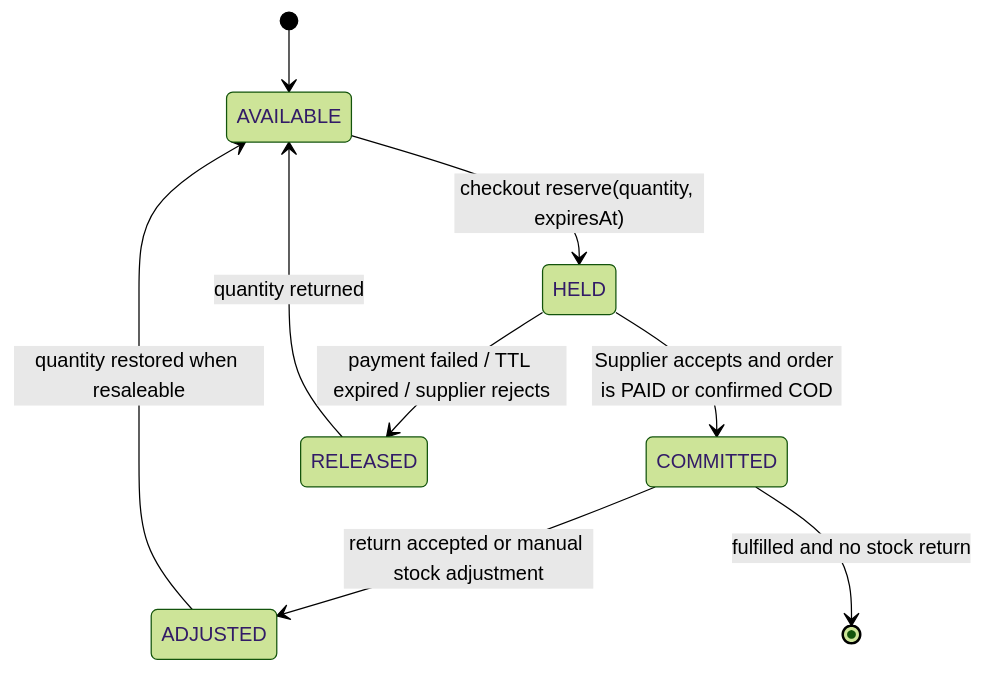
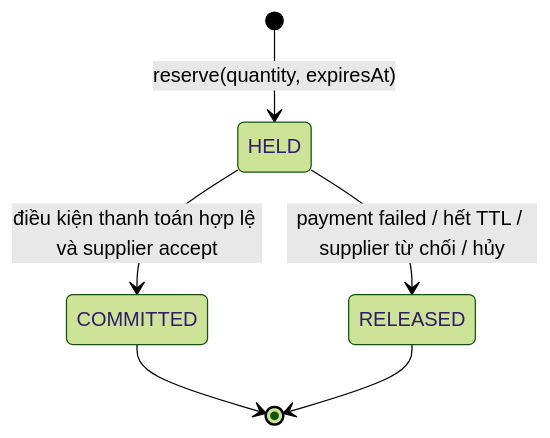
The diagram in docs/mermaid/17-inventory-reservation-state.mmd (NguyenVoLyDo/Project-XD-and-PTPM), drawn with Mermaid (forest theme) before and after one commit. The commit also changed 49 other files, not shown here.

```diff
--- a/docs/mermaid/17-inventory-reservation-state.mmd
+++ b/docs/mermaid/17-inventory-reservation-state.mmd
@@ -1,9 +1,6 @@
 stateDiagram-v2
-  [*] --> AVAILABLE
-  AVAILABLE --> HELD: checkout reserve(quantity, expiresAt)
-  HELD --> COMMITTED: Supplier accepts and order is PAID or confirmed COD
-  HELD --> RELEASED: payment failed / TTL expired / supplier rejects
-  RELEASED --> AVAILABLE: quantity returned
-  COMMITTED --> ADJUSTED: return accepted or manual stock adjustment
-  ADJUSTED --> AVAILABLE: quantity restored when resaleable
-  COMMITTED --> [*]: fulfilled and no stock return
+  [*] --> HELD: reserve(quantity, expiresAt)
+  HELD --> COMMITTED: điều kiện thanh toán hợp lệ và supplier accept
+  HELD --> RELEASED: payment failed / hết TTL / supplier từ chối / hủy
+  COMMITTED --> [*]
+  RELEASED --> [*]
```
